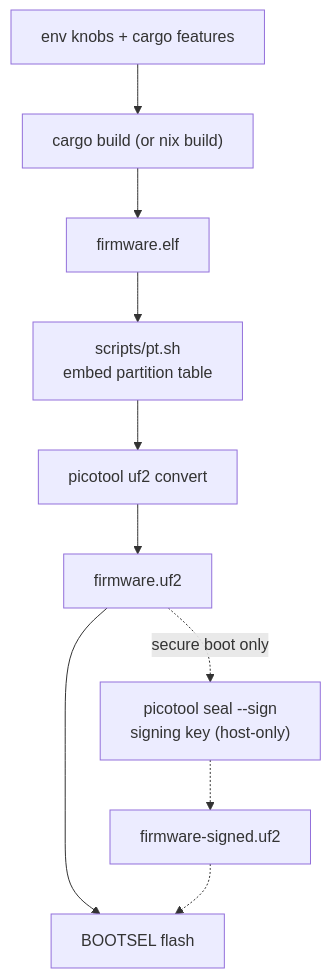
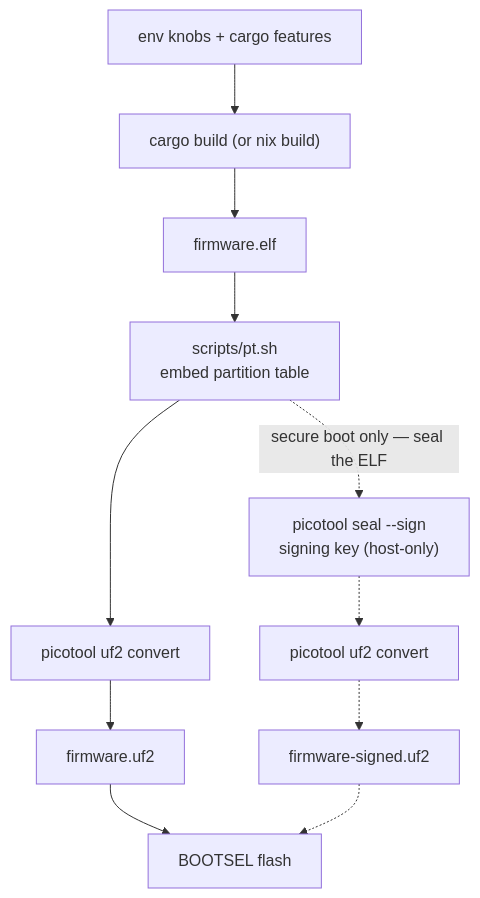
Before and after one commit to TheMaxMur/RS-Key: the first of 2 diagrams in docs/build.md, drawn with Mermaid. The commit also changed other lines of this file and 5 other files, not shown here.

````diff
--- a/docs/build.md
+++ b/docs/build.md
@@ -18,12 +18,13 @@
 ```mermaid
 flowchart TD
     knobs["env knobs + cargo features"] --> build["cargo build (or nix build)"]
     build --> elf["firmware.elf"]
     elf --> pt["scripts/pt.sh<br/>embed partition table"]
     pt --> conv["picotool uf2 convert"]
     conv --> uf2["firmware.uf2"]
     uf2 --> flash["BOOTSEL flash"]
-    uf2 -. "secure boot only" .-> seal["picotool seal --sign<br/>signing key (host-only)"]
-    seal -.-> signed["firmware-signed.uf2"]
+    pt -. "secure boot only — seal the ELF" .-> seal["picotool seal --sign<br/>signing key (host-only)"]
+    seal -.-> sconv["picotool uf2 convert"]
+    sconv -.-> signed["firmware-signed.uf2"]
     signed -.-> flash
 ```
````
